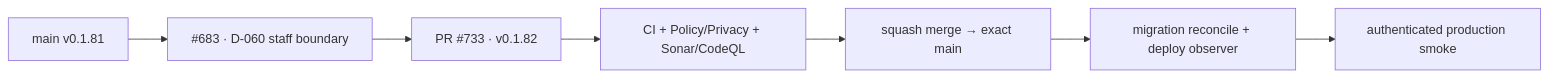
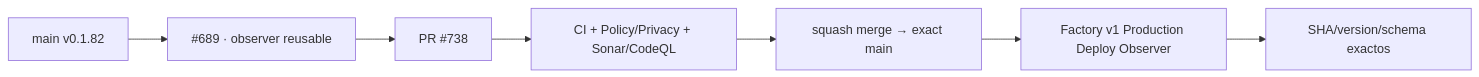
Before and after one commit to pl0n3r/brvtal: the diagram in README.md, drawn with Mermaid. The commit also changed other lines of this file and 6 other files, not shown here.

First line of the commit message:
refactor(factory): adopt reusable production observer (#738)

````diff
--- a/README.md
+++ b/README.md
@@ -77,9 +66,9 @@
 ```mermaid
 flowchart LR
-  A["main v0.1.81"] --> B["#683 · D-060 staff boundary"]
-  B --> C["PR #733 · v0.1.82"]
+  A["main v0.1.82"] --> B["#689 · observer reusable"]
+  B --> C["PR #738"]
   C --> D["CI + Policy/Privacy + Sonar/CodeQL"]
   D --> E["squash merge → exact main"]
-  E --> F["migration reconcile + deploy observer"]
-  F --> G["authenticated production smoke"]
+  E --> F["Factory v1 Production Deploy Observer"]
+  F --> G["SHA/version/schema exactos"]
 ```
````
